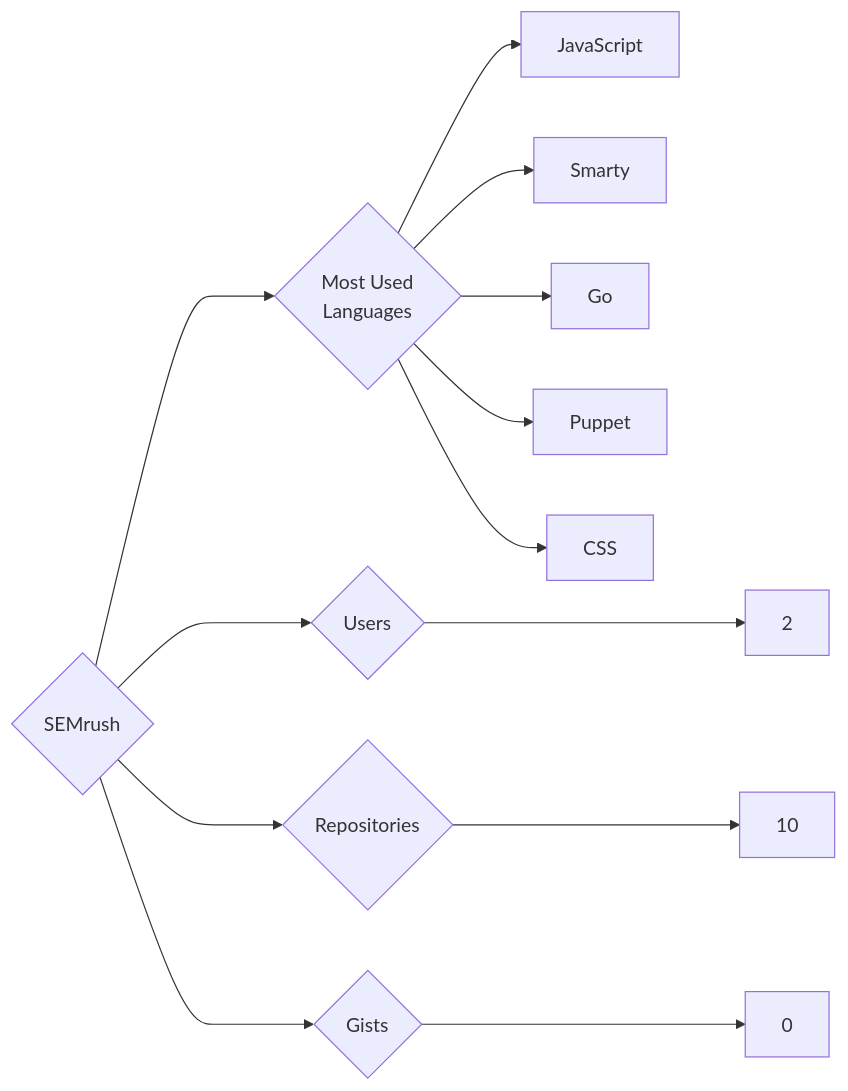
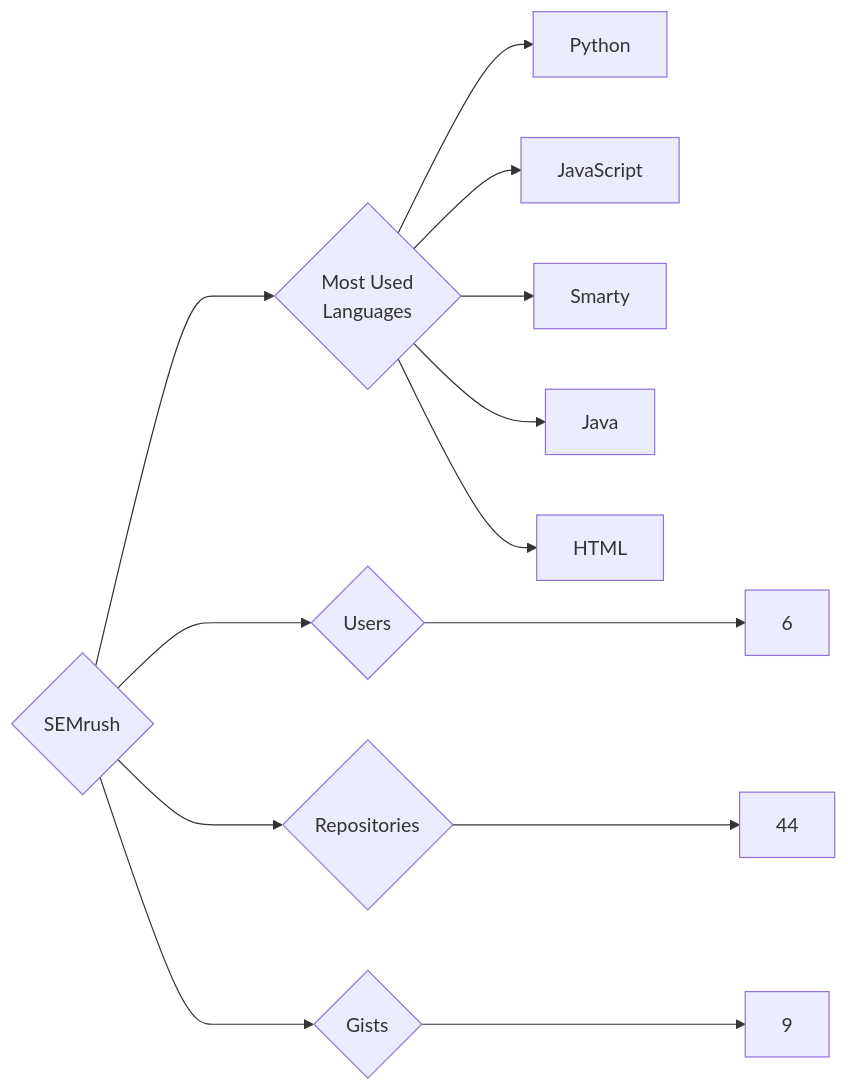
The diagram in targets/SEMrush/README.md (trickest/insiders), drawn with Mermaid before and after one commit. The commit also changed 997 other files, not shown here.

````diff
--- a/targets/SEMrush/README.md
+++ b/targets/SEMrush/README.md
@@ -3,13 +3,13 @@
 ```mermaid
 graph LR
 COMPANY_NAME{SEMrush}
-COMPANY_NAME ---> U{Users} ---> UN[2]
-COMPANY_NAME ---> R{Repositories} ---> RN[10]
-COMPANY_NAME ---> G{Gists} ---> GN[0]
+COMPANY_NAME ---> U{Users} ---> UN[6]
+COMPANY_NAME ---> R{Repositories} ---> RN[44]
+COMPANY_NAME ---> G{Gists} ---> GN[9]
 COMPANY_NAME ---> ML{Most Used<br>Languages}
-ML --> JavaScript
-ML --> Smarty
-ML --> Go
-ML --> Puppet
-ML --> CSS
+ML --> Python[Python]
+ML --> JavaScript[JavaScript]
+ML --> Smarty[Smarty]
+ML --> Java[Java]
+ML --> HTML[HTML]
 ```
````
